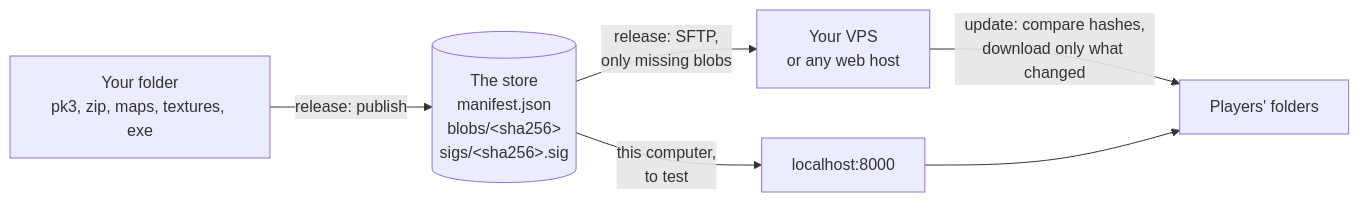
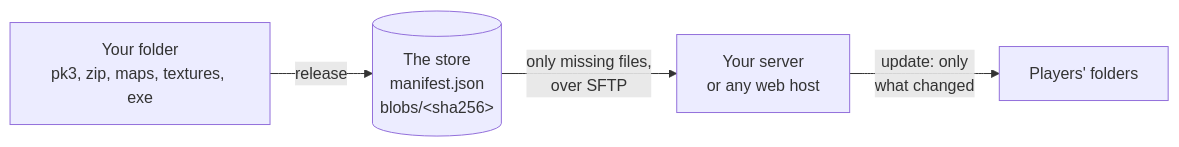
The diagram in README.md (2cwldys/deltapatcher), drawn with Mermaid before and after one commit. The commit also changed other lines of this file, not shown here.

````diff
--- a/README.md
+++ b/README.md
@@ -60,8 +48,6 @@
 ```mermaid
 flowchart LR
-  A["Your folder<br/>pk3, zip, maps, textures, exe"] -->|release: publish| B[("The store<br/>manifest.json<br/>blobs/&lt;sha256&gt;<br/>sigs/&lt;sha256&gt;.sig")]
-  B -->|release: SFTP,<br/>only missing blobs| C["Your VPS<br/>or any web host"]
-  B -->|this computer,<br/>to test| D["localhost:8000"]
-  C -->|update: compare hashes,<br/>download only what changed| E["Players' folders"]
-  D --> E
+  A["Your folder<br/>pk3, zip, maps, textures, exe"] -->|release| B[("The store<br/>manifest.json<br/>blobs/&lt;sha256&gt;")]
+  B -->|only missing files,<br/>over SFTP| C["Your server<br/>or any web host"]
+  C -->|update: only<br/>what changed| E["Players' folders"]
 ```
````
